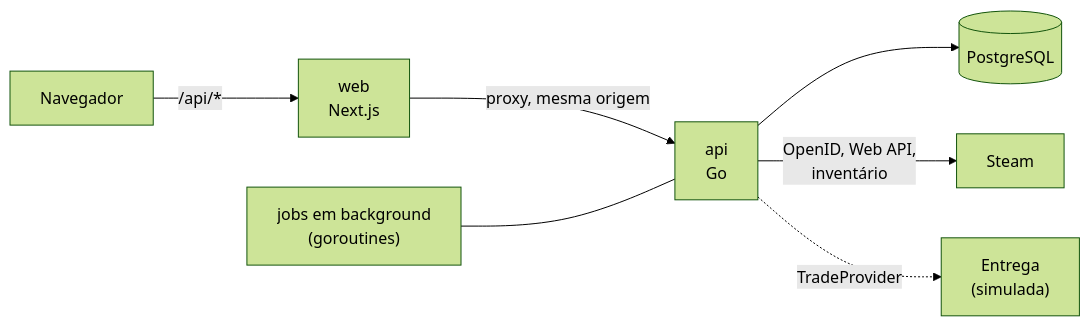
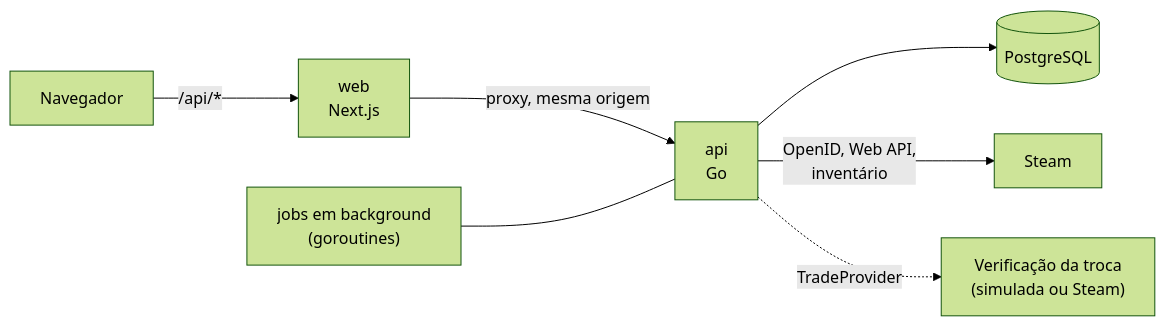
Before and after one commit to Eduardo-Mourao0/ViceSkins: the first of 3 diagrams in README.md, drawn with Mermaid (forest theme). The commit also changed other lines of this file and 48 other files, not shown here.

````diff
--- a/README.md
+++ b/README.md
@@ -37,9 +37,9 @@
 ```mermaid
 flowchart LR
     B[Navegador] -->|"/api/*"| W["web<br/>Next.js"]
     W -->|proxy, mesma origem| A["api<br/>Go"]
     A --> P[(PostgreSQL)]
     A -->|OpenID, Web API,<br/>inventário| S[Steam]
-    A -. TradeProvider .-> T["Entrega<br/>(simulada)"]
+    A -. TradeProvider .-> T["Verificação da troca<br/>(simulada ou Steam)"]
     J["jobs em background<br/>(goroutines)"] --- A
 ```
````
